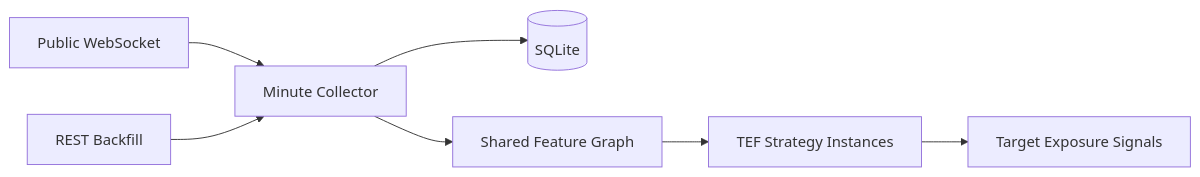
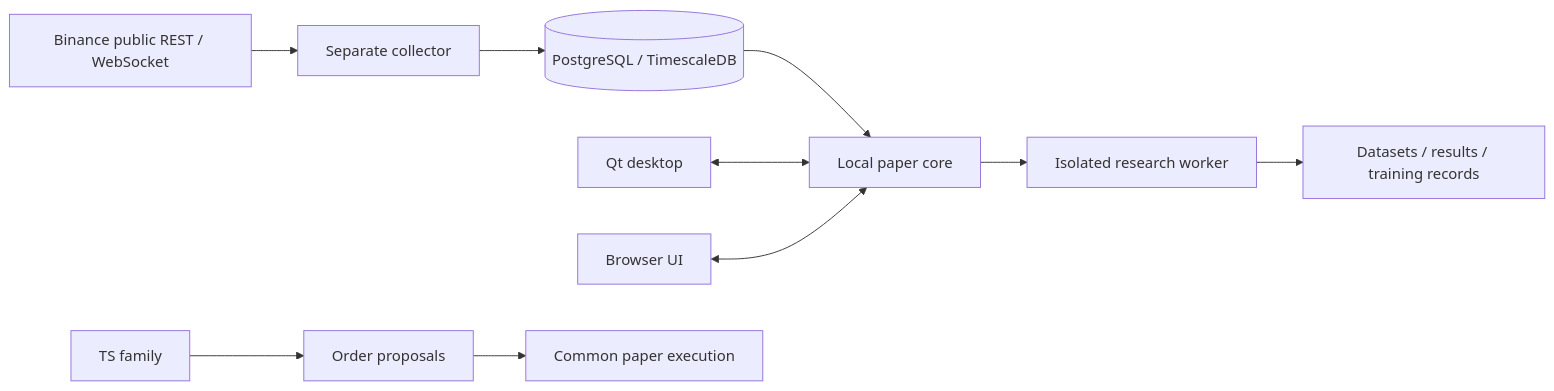
The diagram in README.ko.md (kimlvis31/atm-omega), drawn with Mermaid before and after one commit. The commit also changed other lines of this file and 812 other files, not shown here.

First line of the commit message:
Integrate Omega market data, virtual trading, research, and desktop workflows

````diff
--- a/README.ko.md
+++ b/README.ko.md
@@ -91,9 +236,12 @@
 ```mermaid
 flowchart LR
-    WS[Public WebSocket] --> C[Minute Collector]
-    REST[REST Backfill] --> C
-    C --> DB[(SQLite)]
-    C --> F[Shared Feature Graph]
-    F --> T[TEF Strategy Instances]
-    T --> S[Target Exposure Signals]
+    P[Binance public REST / WebSocket] --> C[Separate collector]
+    C --> DB[(PostgreSQL / TimescaleDB)]
+    DB --> K[Local paper core]
+    G[Qt desktop] <--> K
+    M[Browser UI] <--> K
+    K --> R[Isolated research worker]
+    R --> A[Datasets / results / training records]
+    T[TS family] --> O[Order proposals]
+    O --> E[Common paper execution]
 ```
````
